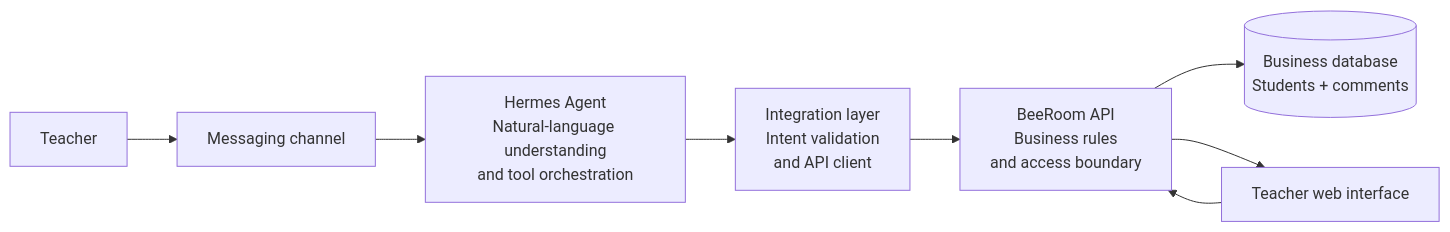
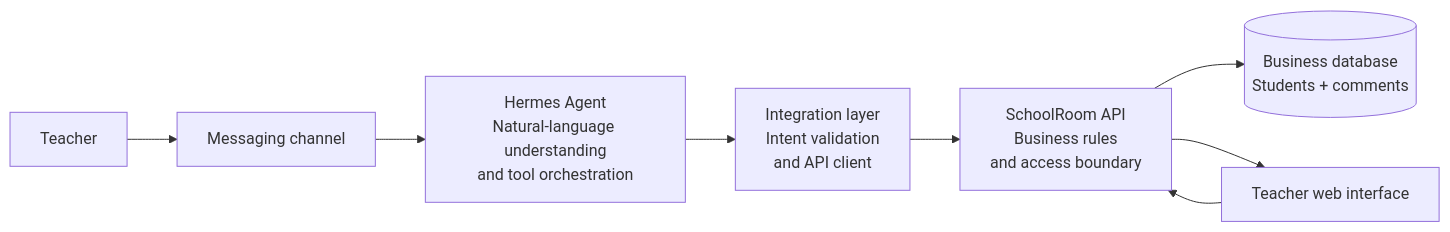
Before and after one commit to quiteqiang/BeeRoom-Hermes-Showcase: the diagram in README.md, drawn with Mermaid. The commit also changed other lines of this file, not shown here.

Commit message:
docs: rename showcase to SchoolRoom

````diff
--- a/README.md
+++ b/README.md
@@ -26,10 +26,10 @@
 ```mermaid
 flowchart LR
     T[Teacher] --> TG[Messaging channel]
     TG --> H[Hermes Agent\nNatural-language understanding\nand tool orchestration]
     H --> I[Integration layer\nIntent validation\nand API client]
-    I --> B[BeeRoom API\nBusiness rules\nand access boundary]
+    I --> B[SchoolRoom API\nBusiness rules\nand access boundary]
     B --> D[(Business database\nStudents + comments)]
     B --> W[Teacher web interface]
     W --> B
 ```
````
